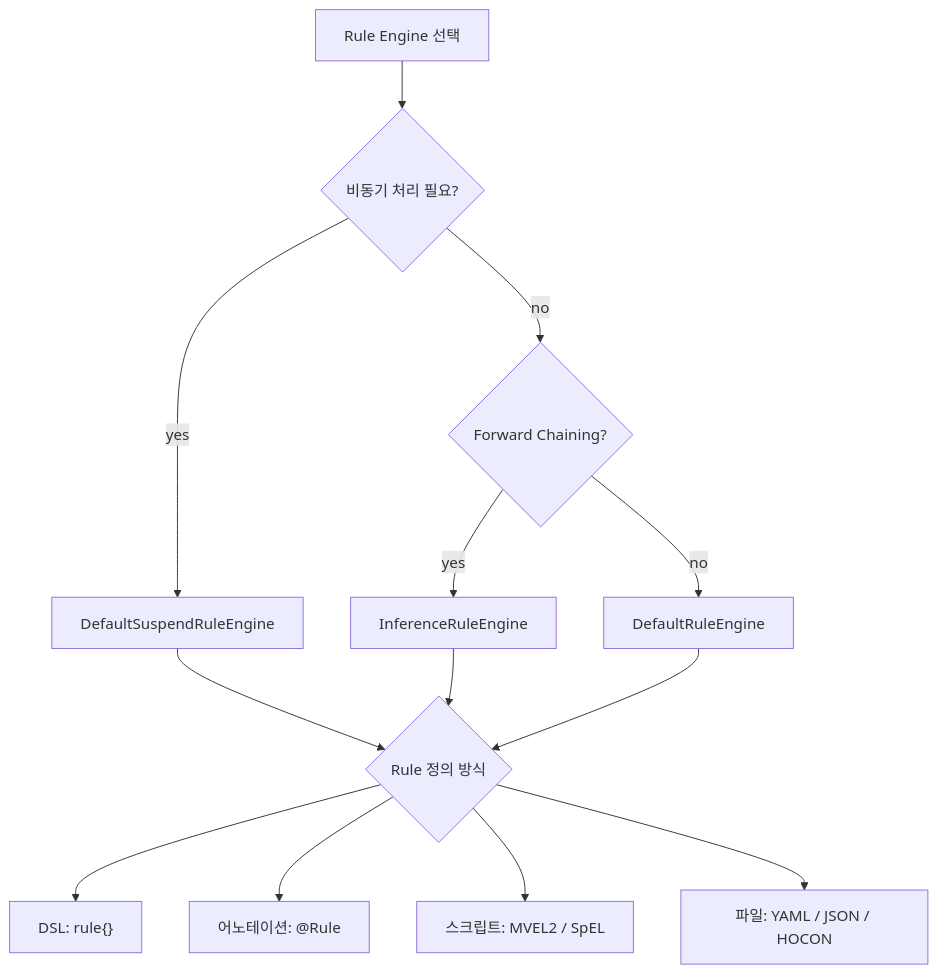
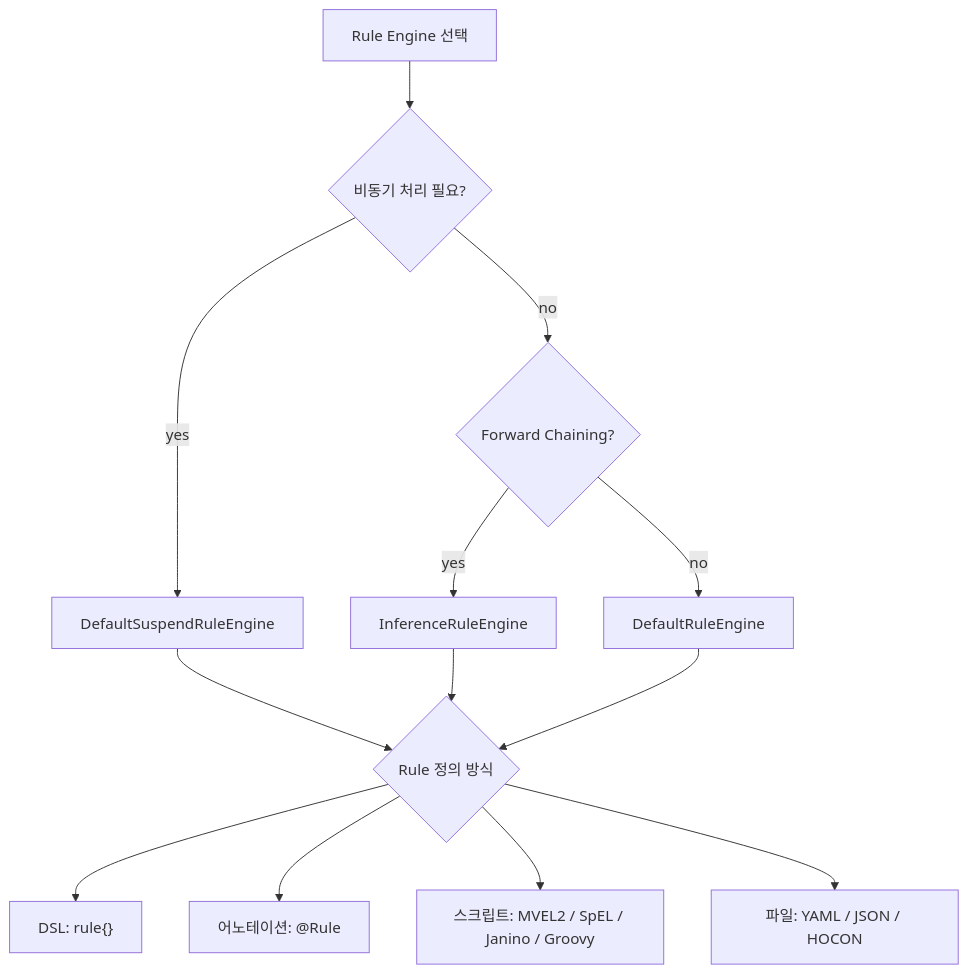
One commit to bluetape4k/bluetape4k-projects changed the seventh of 8 diagrams in utils/rule-engine/README.ko.md. Above: the diagram before and after it, drawn with Mermaid. The commit also changed other lines of this file and 17 other files, not shown here.

First line of the commit message:
feat: rule-engine에 Janino/Groovy 스크립트 엔진 추가

````diff
--- a/utils/rule-engine/README.ko.md
+++ b/utils/rule-engine/README.ko.md
@@ -240,13 +240,13 @@
 ```mermaid
 flowchart TD
     A[Rule Engine 선택] --> B{비동기 처리 필요?}
     B -->|yes| C[DefaultSuspendRuleEngine]
     B -->|no| D{Forward Chaining?}
     D -->|yes| E[InferenceRuleEngine]
     D -->|no| F[DefaultRuleEngine]
     C & E & F --> G{Rule 정의 방식}
     G --> H["DSL: rule{}"]
     G --> I["어노테이션: @Rule"]
-    G --> J["스크립트: MVEL2 / SpEL"]
+    G --> J["스크립트: MVEL2 / SpEL / Janino / Groovy"]
     G --> K["파일: YAML / JSON / HOCON"]
 ```
````
